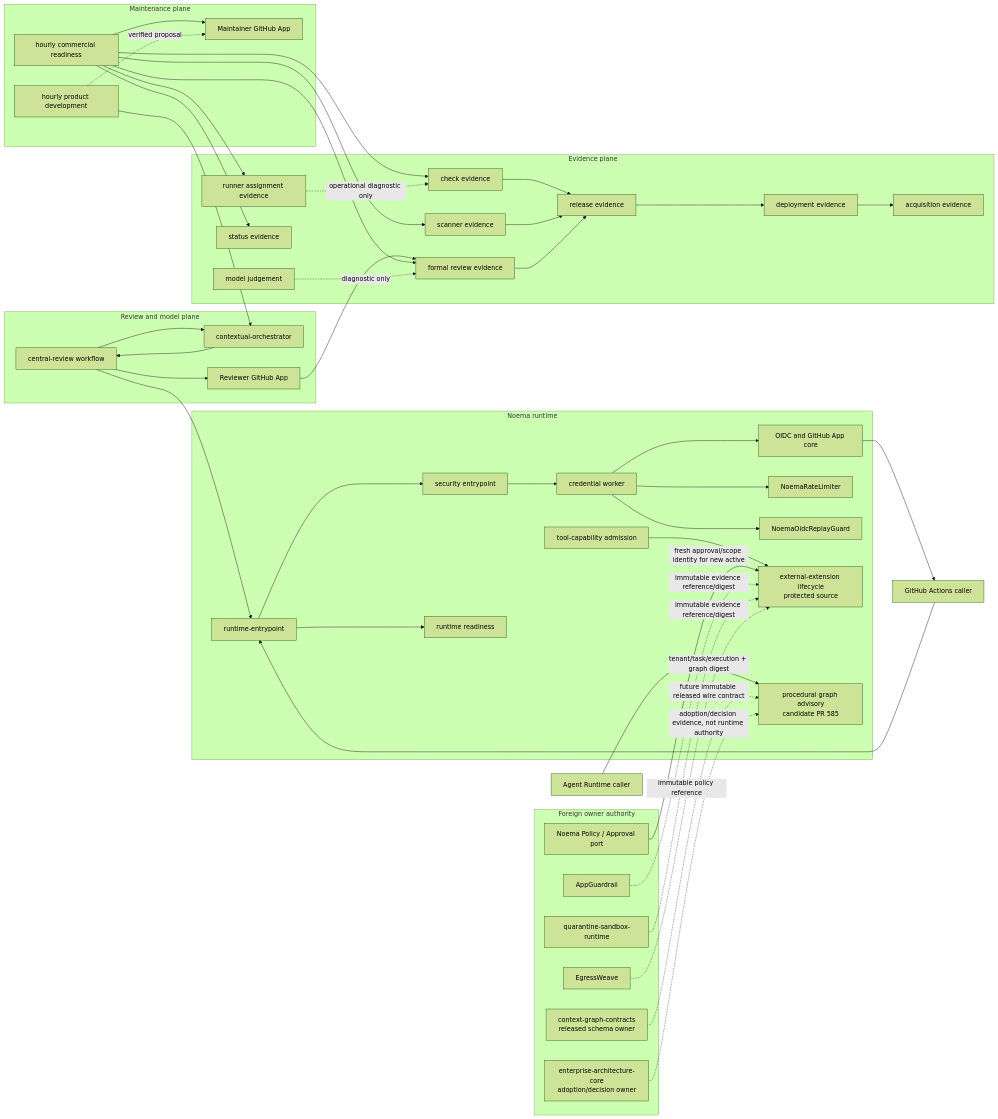
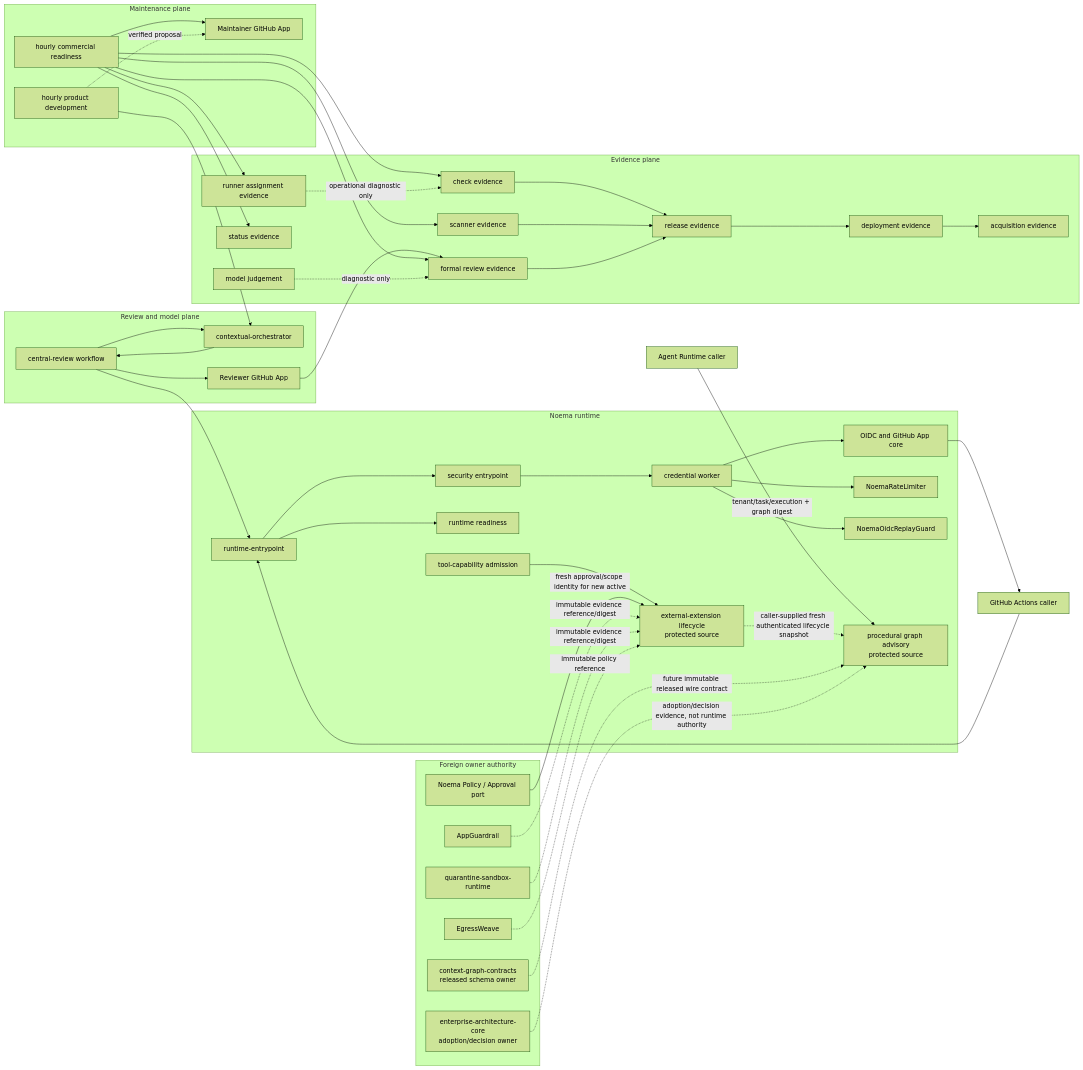
One commit to ContextualWisdomLab/noema changed the first of 7 diagrams in docs/UML.md. Above: the diagram before and after it, drawn with Mermaid (forest theme). The commit also changed other lines of this file, not shown here.

Commit message:
docs(agent-runtime): converge procedural UML authority

```diff
--- a/docs/UML.md
+++ b/docs/UML.md
@@ -16,7 +16,7 @@
     REPLAY[NoemaOidcReplayGuard]
     TOOL[tool-capability admission]
     LIFE[external-extension lifecycle\nprotected source]
-    PROC[procedural graph advisory\ncandidate PR 585]
+    PROC[procedural graph advisory\nprotected source]
   end
 
   subgraph ReviewPlane[Review and model plane]
@@ -66,6 +66,7 @@
   EGRESS -. immutable policy reference .-> LIFE
 
   AGENT[Agent Runtime caller] -->|tenant/task/execution + graph digest| PROC
+  LIFE -. caller-supplied fresh authenticated lifecycle snapshot .-> PROC
   CGC -. future immutable released wire contract .-> PROC
   EA -. adoption/decision evidence, not runtime authority .-> PROC
 
```
